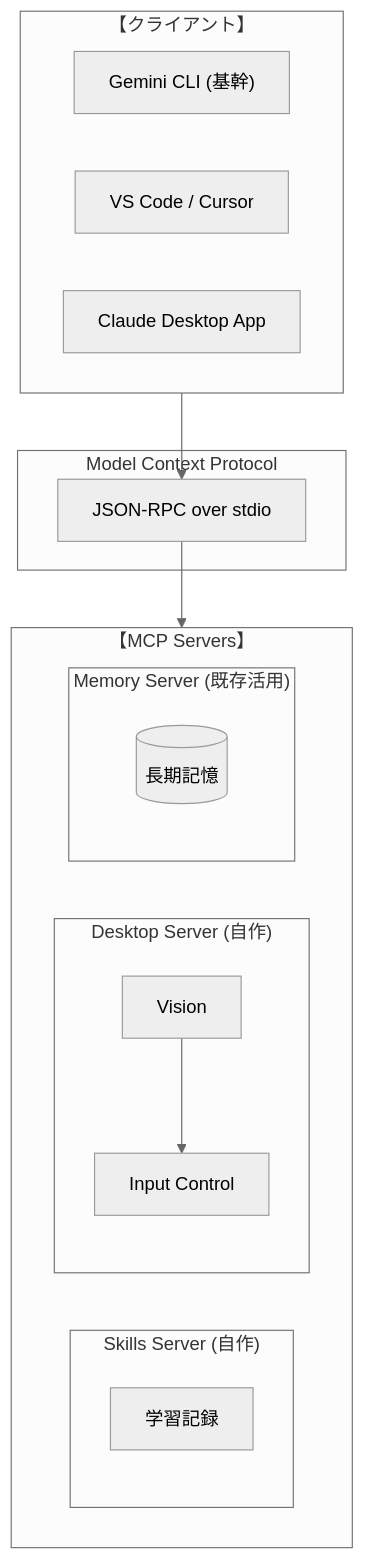
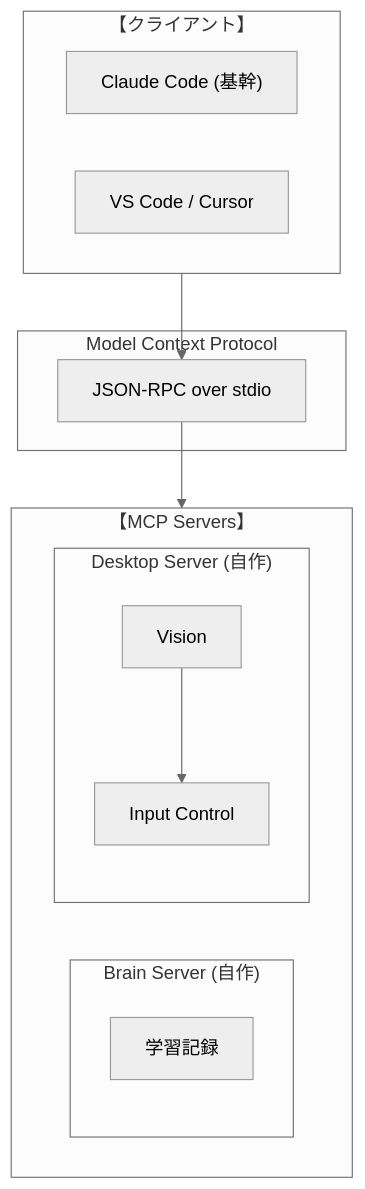
One commit to tomoharu-hayashi/jarvis changed the diagram in .github/instructions/README.instructions.md. Above: the diagram before and after it, drawn with Mermaid (neutral theme). The commit also changed other lines of this file and 6 other files, not shown here.

````diff
--- a/.github/instructions/README.instructions.md
+++ b/.github/instructions/README.instructions.md
@@ -60,26 +60,22 @@
 ```mermaid
 graph TD
     subgraph Clients ["【クライアント】"]
-        ClientA["Gemini CLI (基幹)"]
+        ClientA["Claude Code (基幹)"]
         ClientB["VS Code / Cursor"]
-        ClientC["Claude Desktop App"]
     end
 
     subgraph MCP ["Model Context Protocol"]
         Pipe[JSON-RPC over stdio]
     end
 
     subgraph Servers ["【MCP Servers】"]
-        subgraph Skills ["Skills Server (自作)"]
+        subgraph Brain ["Brain Server (自作)"]
             Learning["学習記録"]
         end
         subgraph Desktop ["Desktop Server (自作)"]
             Vision[Vision] --> Input[Input Control]
         end
-        subgraph Memory ["Memory Server (既存活用)"]
-            VectorDB[("長期記憶")]
-        end
     end
 
     Clients --> Pipe --> Servers
 ```
````
